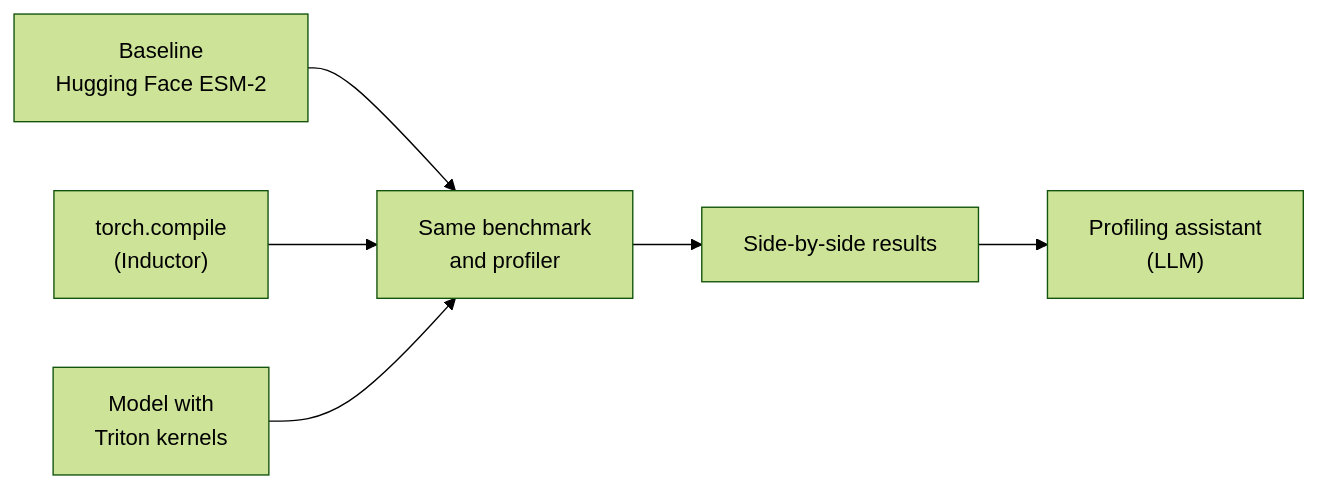
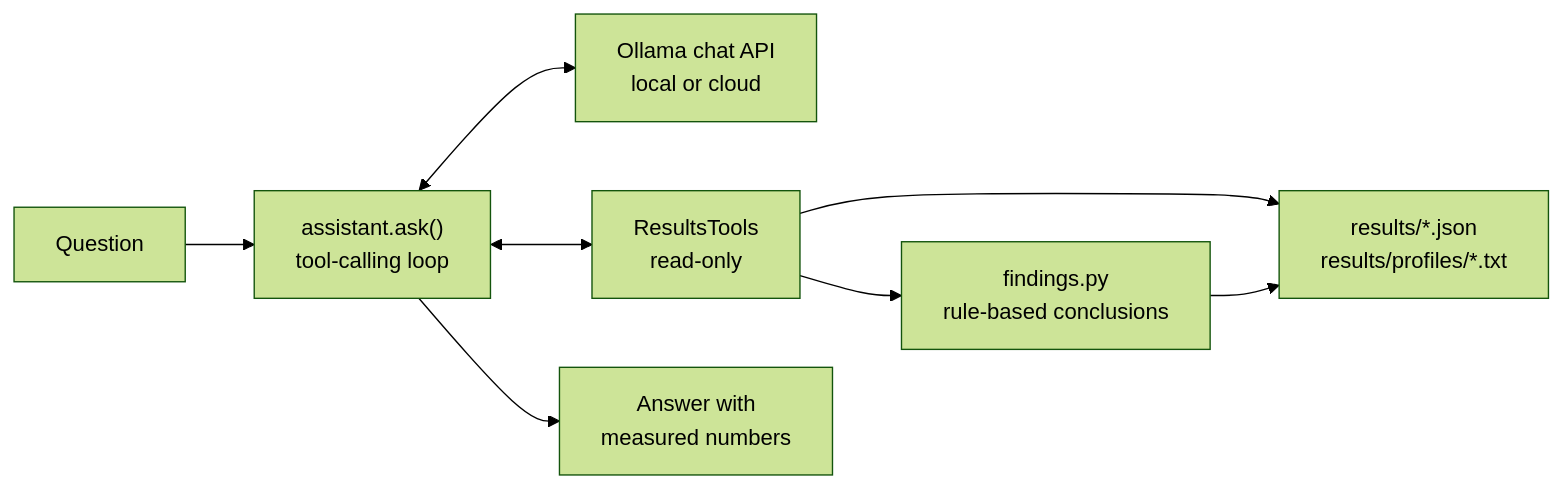
Before and after one commit to salmansystech/ProteinPerf: the eighth of 8 diagrams in docs/ARCHITECTURE.md, drawn with Mermaid (forest theme). The commit also changed other lines of this file, not shown here.

Commit message:
Document roofline analysis and profiling assistant architecture

````diff
--- a/docs/ARCHITECTURE.md
+++ b/docs/ARCHITECTURE.md
@@ -414,8 +476,10 @@
 ```mermaid
 flowchart LR
-    Base["Baseline<br/>Hugging Face ESM-2"] --> M["Same benchmark<br/>and profiler"]
-    Compiled["torch.compile<br/>(Inductor)"] --> M
-    Kernels["Model with<br/>Triton kernels"] --> M
-    M --> R["Side-by-side results"]
-    R --> Agent["Profiling assistant<br/>(LLM)"]
+    Q["Question"] --> Agent["assistant.ask()<br/>tool-calling loop"]
+    Agent <--> LLM["Ollama chat API<br/>local or cloud"]
+    Agent <--> Tools["ResultsTools<br/>read-only"]
+    Tools --> Files["results/*.json<br/>results/profiles/*.txt"]
+    Tools --> Findings["findings.py<br/>rule-based conclusions"]
+    Findings --> Files
+    Agent --> A["Answer with<br/>measured numbers"]
 ```
````
